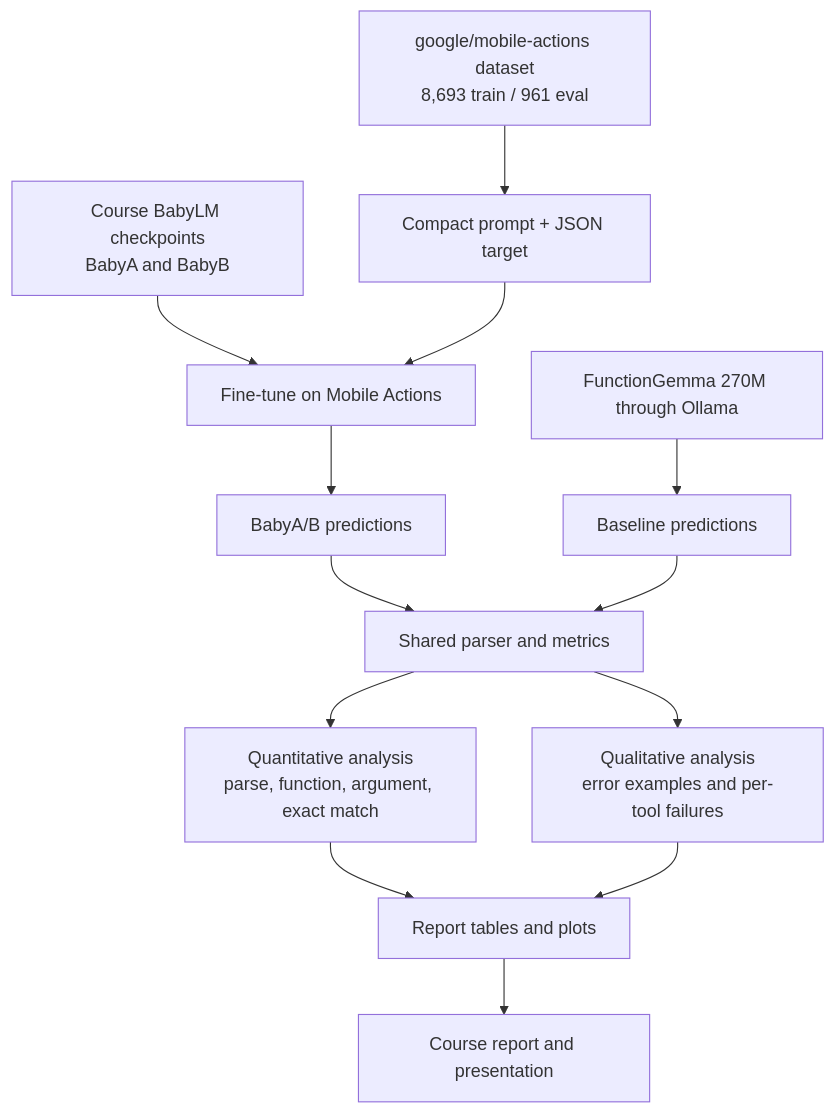
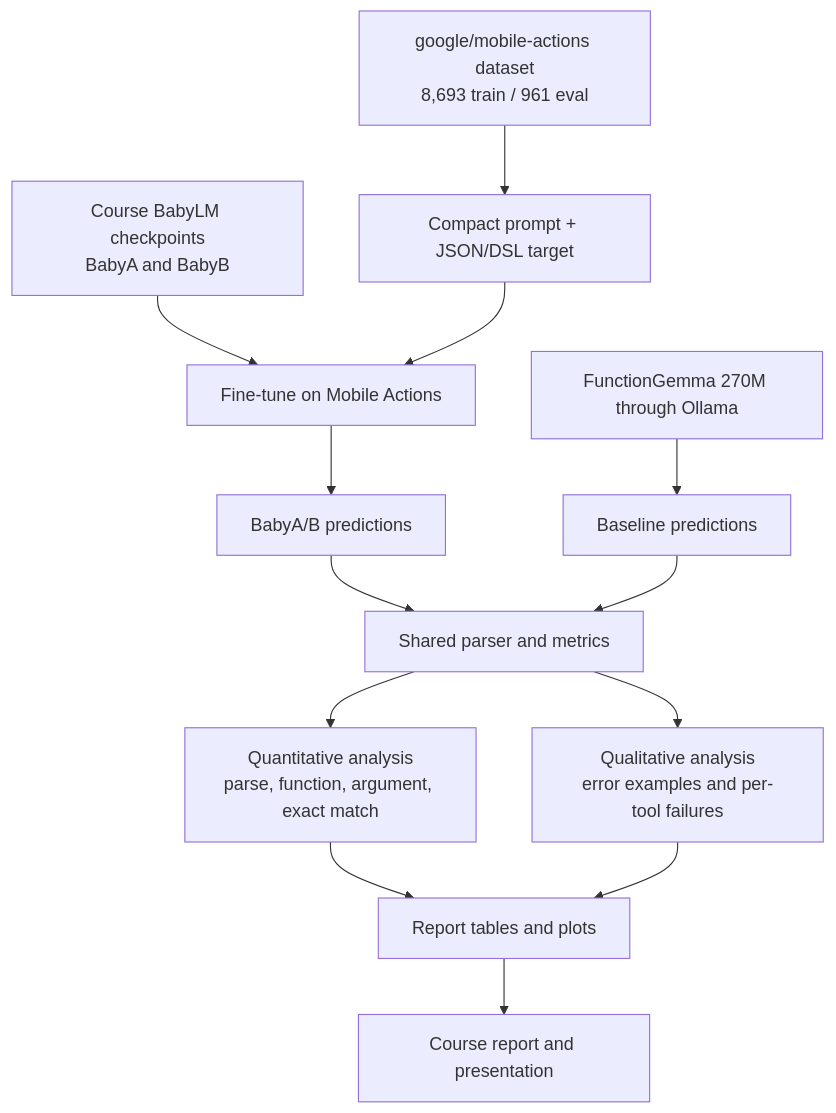
The diagram in docs/project_flow.md (pragnesh-gh/baby-action-lm), drawn with Mermaid before and after one commit. The commit also changed other lines of this file and 50 other files, not shown here.

````diff
--- a/docs/project_flow.md
+++ b/docs/project_flow.md
@@ -17,15 +17,15 @@
 ```mermaid
 flowchart TD
     A["Course BabyLM checkpoints<br/>BabyA and BabyB"] --> D["Fine-tune on Mobile Actions"]
-    B["google/mobile-actions dataset<br/>8,693 train / 961 eval"] --> C["Compact prompt + JSON target"]
+    B["google/mobile-actions dataset<br/>8,693 train / 961 eval"] --> C["Compact prompt + JSON/DSL target"]
     C --> D
     D --> E["BabyA/B predictions"]
     F["FunctionGemma 270M through Ollama"] --> G["Baseline predictions"]
     E --> H["Shared parser and metrics"]
     G --> H
     H --> I["Quantitative analysis<br/>parse, function, argument, exact match"]
     H --> J["Qualitative analysis<br/>error examples and per-tool failures"]
     I --> K["Report tables and plots"]
     J --> K
     K --> L["Course report and presentation"]
 ```
````
